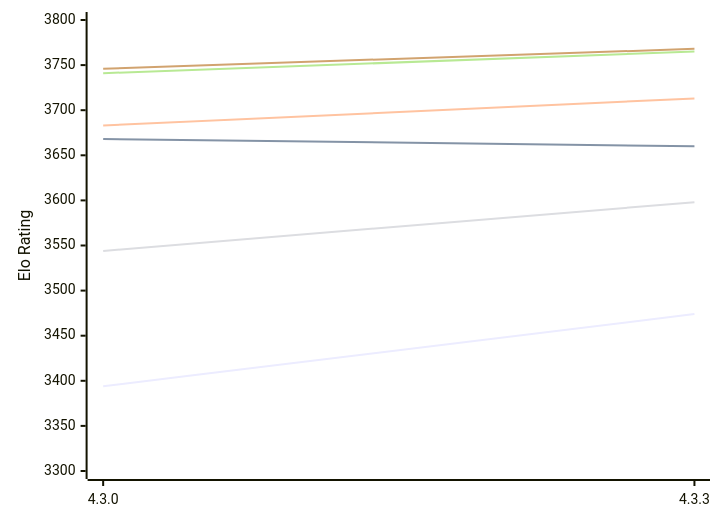
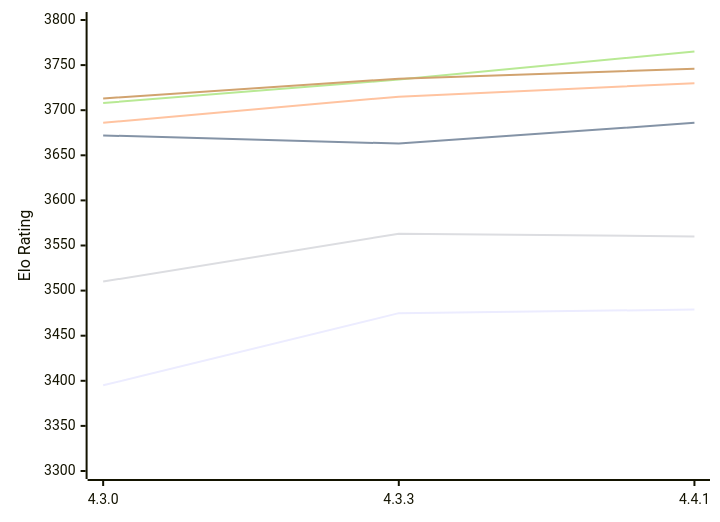
Before and after one commit to computer-chess-index/cci: the first of 2 diagrams in engines/Gaia.md, drawn with Mermaid. The commit also changed other lines of this file, not shown here.

Commit message:
Update CCI Ratings (ELO VLTC) - 2026-10-23

````diff
--- a/engines/Gaia.md
+++ b/engines/Gaia.md
@@ -55,12 +57,12 @@
 ```mermaid
 %%{init: {"theme":"base","themeVariables":{"seriesColors:['#a3a3a3','#222221','#faa371']}}}%%
 xychart-beta
-  x-axis ["4.3.0", "4.3.3"]
+  x-axis ["4.3.0", "4.3.3", "4.4.1"]
   y-axis "Elo Rating" 3300 --> 3800
-  line "E1: STC (8.0+0.08s)" [3394, 3474]
-  line "E1: LTC (60.0+0.60s)" [3668, 3660]
-  line "E1: VLTC (2m24s+1.12s)" [3683, 3713]
-  line "P1: STC (8.0+0.08s)" [3544, 3598]
-  line "P1: LTC (60.0+0.60s)" [3741, 3765]
-  line "P1: VLTC (2m24s+1.12s)" [3746, 3768]
+  line "E1: STC (8.0+0.08s)" [3395, 3475, 3479]
+  line "E1: LTC (60.0+0.60s)" [3672, 3663, 3686]
+  line "E1: VLTC (2m24s+1.12s)" [3686, 3715, 3730]
+  line "P1: STC (8.0+0.08s)" [3510, 3563, 3560]
+  line "P1: LTC (60.0+0.60s)" [3708, 3734, 3765]
+  line "P1: VLTC (2m24s+1.12s)" [3713, 3735, 3746]
 ```
````
